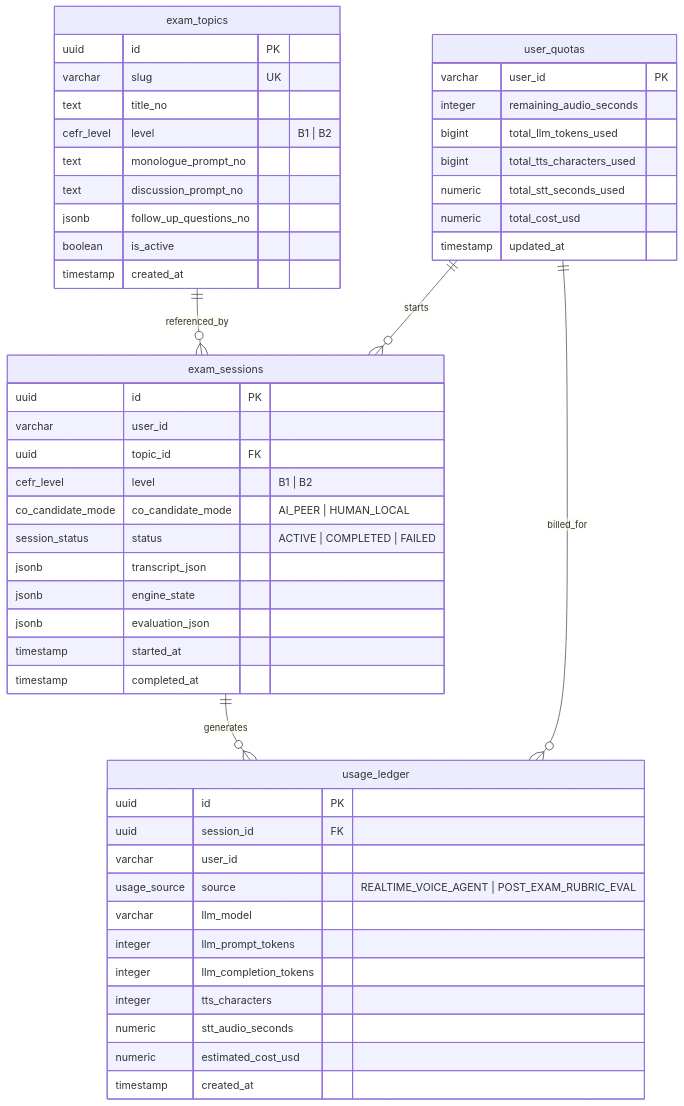
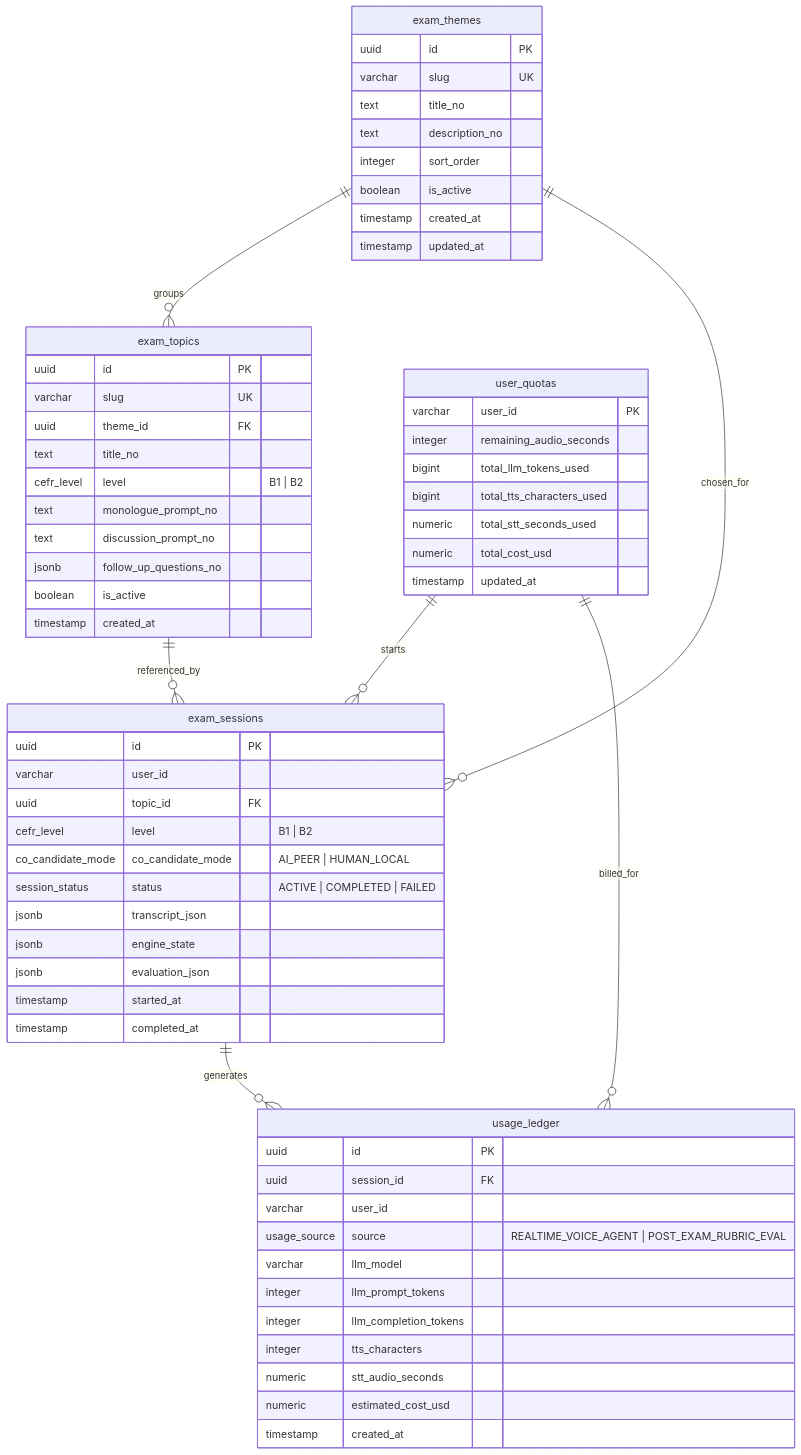
Before and after one commit to mujtabanaqvi/norsk-app: the diagram in docs/DATABASE_SCHEMA.md, drawn with Mermaid. The commit also changed other lines of this file and 27 other files, not shown here.

````diff
--- a/docs/DATABASE_SCHEMA.md
+++ b/docs/DATABASE_SCHEMA.md
@@ -9,57 +9,71 @@
 ```mermaid
 erDiagram
+    exam_themes ||--o{ exam_topics : "groups"
+    exam_themes ||--o{ exam_sessions : "chosen_for"
     exam_topics ||--o{ exam_sessions : "referenced_by"
     user_quotas ||--o{ exam_sessions : "starts"
     user_quotas ||--o{ usage_ledger : "billed_for"
     exam_sessions ||--o{ usage_ledger : "generates"
 
+    exam_themes {
+        uuid id PK
+        varchar slug UK
+        text title_no
+        text description_no
+        integer sort_order
+        boolean is_active
+        timestamp created_at
+        timestamp updated_at
+    }
+
     exam_topics {
         uuid id PK
         varchar slug UK
+        uuid theme_id FK
         text title_no
         cefr_level level "B1 | B2"
         text monologue_prompt_no
         text discussion_prompt_no
         jsonb follow_up_questions_no
         boolean is_active
         timestamp created_at
     }
 
     user_quotas {
         varchar user_id PK
         integer remaining_audio_seconds
         bigint total_llm_tokens_used
         bigint total_tts_characters_used
         numeric total_stt_seconds_used
         numeric total_cost_usd
         timestamp updated_at
     }
 
     exam_sessions {
         uuid id PK
         varchar user_id
         uuid topic_id FK
         cefr_level level "B1 | B2"
         co_candidate_mode co_candidate_mode "AI_PEER | HUMAN_LOCAL"
         session_status status "ACTIVE | COMPLETED | FAILED"
         jsonb transcript_json
         jsonb engine_state
         jsonb evaluation_json
         timestamp started_at
         timestamp completed_at
     }
 
     usage_ledger {
         uuid id PK
         uuid session_id FK
         varchar user_id
         usage_source source "REALTIME_VOICE_AGENT | POST_EXAM_RUBRIC_EVAL"
         varchar llm_model
         integer llm_prompt_tokens
         integer llm_completion_tokens
         integer tts_characters
         numeric stt_audio_seconds
         numeric estimated_cost_usd
         timestamp created_at
     }
 ```
````
